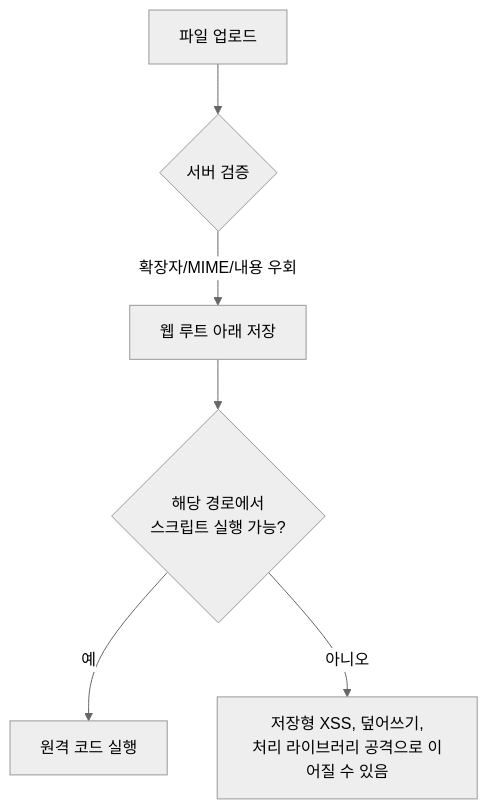
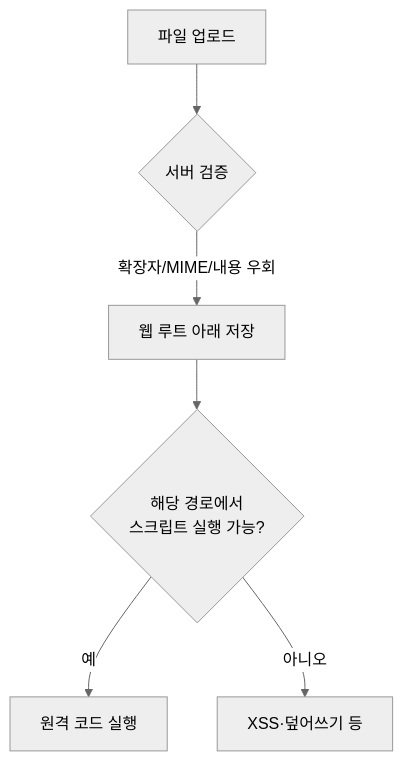
The diagram in _notes/file-upload-vulnerability.md (logiciris/logiciris.github.io), drawn with Mermaid (neutral theme) before and after one commit. The commit also changed 28 other files, not shown here.

Commit message:
Notes batches 1-2: qa fixes (accuracy, links, mermaid labels)

````diff
--- a/_notes/file-upload-vulnerability.md
+++ b/_notes/file-upload-vulnerability.md
@@ -21,8 +21,8 @@
 ```mermaid
 flowchart TD
     A["파일 업로드"] --> B{"서버 검증"}
     B -- 확장자/MIME/내용 우회 --> C["웹 루트 아래 저장"]
     C --> D{"해당 경로에서<br/>스크립트 실행 가능?"}
     D -- 예 --> E["원격 코드 실행"]
-    D -- 아니오 --> F["저장형 XSS, 덮어쓰기,<br/>처리 라이브러리 공격으로 이어질 수 있음"]
+    D -- 아니오 --> F["XSS·덮어쓰기 등"]
 ```
````
